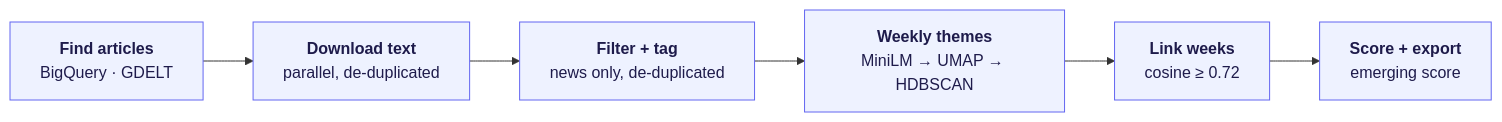
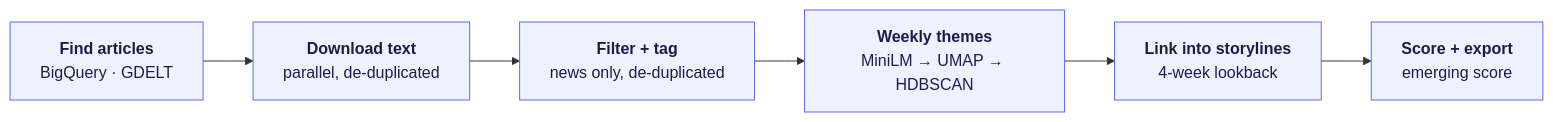
The first of 3 diagrams in README.md (06huange/MarketThemeAI), drawn with Mermaid before and after one commit. The commit also changed other lines of this file and 23 other files, not shown here.

Commit message:
link themes into multi-week storylines

````diff
--- a/README.md
+++ b/README.md
@@ -34,13 +34,13 @@
 ```mermaid
 flowchart LR
     Q["<b>Find articles</b><br/>BigQuery · GDELT"]
     I["<b>Download text</b><br/>parallel, de-duplicated"]
     F["<b>Filter + tag</b><br/>news only, de-duplicated"]
     T["<b>Weekly themes</b><br/>MiniLM → UMAP → HDBSCAN"]
-    L["<b>Link weeks</b><br/>cosine ≥ 0.72"]
+    L["<b>Link into storylines</b><br/>4-week lookback"]
     E["<b>Score + export</b><br/>emerging score"]
     Q --> I --> F --> T --> L --> E
 
     classDef step fill:#eef2ff,stroke:#6366f1,color:#1e1b4b
     class Q,I,F,T,L,E step
 ```
````
